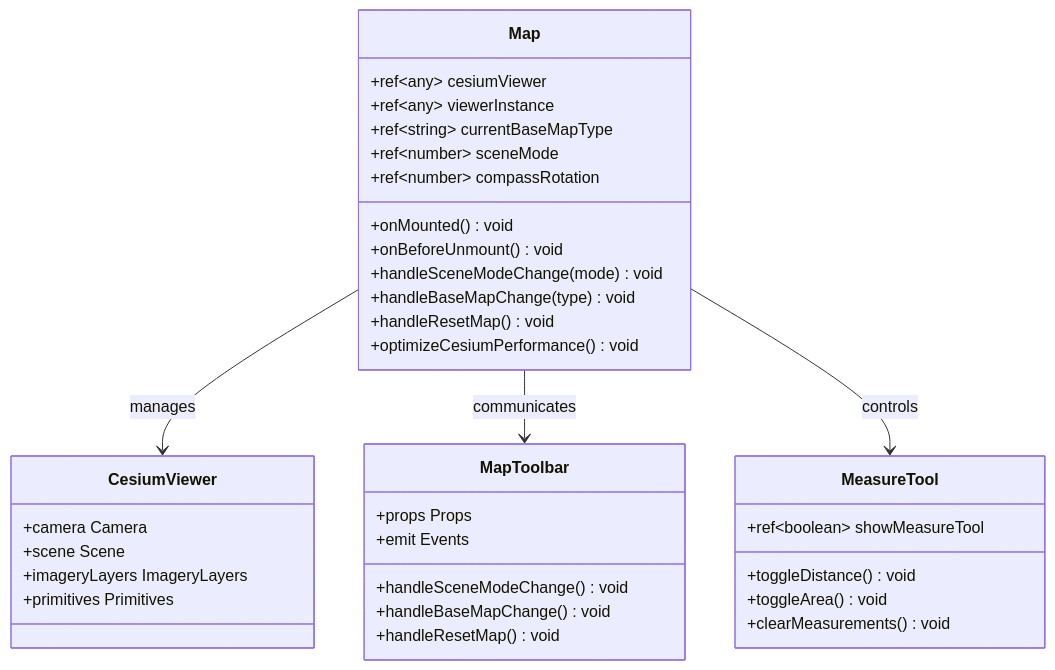
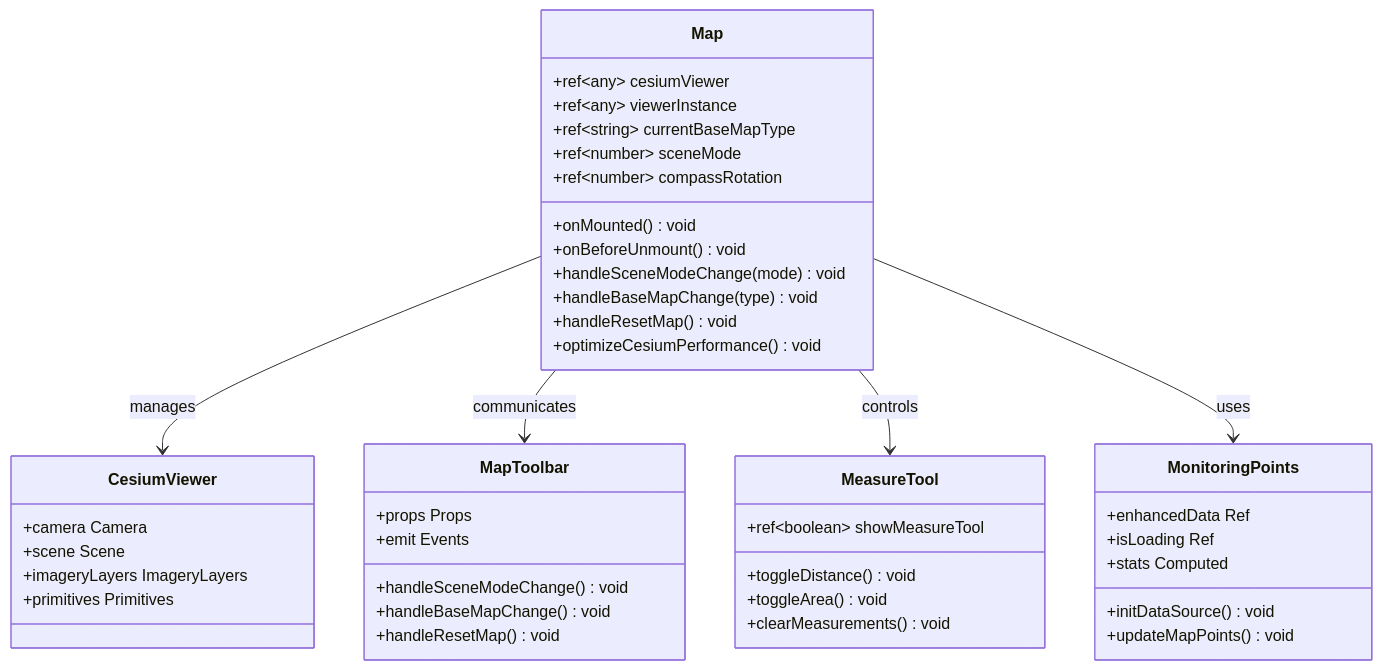
The seventh of 14 diagrams in .qoder/repowiki/zh/content/核心组件架构/核心组件架构.md (zhibo1997/government-dashboard), drawn with Mermaid before and after one commit. The commit also changed other lines of this file and 28 other files, not shown here.

````diff
--- a/.qoder/repowiki/zh/content/核心组件架构/核心组件架构.md
+++ b/.qoder/repowiki/zh/content/核心组件架构/核心组件架构.md
@@ -223,38 +320,46 @@
 ```mermaid
 classDiagram
 class Map {
 +ref~any~ cesiumViewer
 +ref~any~ viewerInstance
 +ref~string~ currentBaseMapType
 +ref~number~ sceneMode
 +ref~number~ compassRotation
 +onMounted() void
 +onBeforeUnmount() void
 +handleSceneModeChange(mode) void
 +handleBaseMapChange(type) void
 +handleResetMap() void
 +optimizeCesiumPerformance() void
 }
 class CesiumViewer {
 +camera Camera
 +scene Scene
 +imageryLayers ImageryLayers
 +primitives Primitives
 }
 class MapToolbar {
 +props Props
 +emit Events
 +handleSceneModeChange() void
 +handleBaseMapChange() void
 +handleResetMap() void
 }
 class MeasureTool {
 +ref~boolean~ showMeasureTool
 +toggleDistance() void
 +toggleArea() void
 +clearMeasurements() void
 }
+class MonitoringPoints {
++enhancedData Ref
++isLoading Ref
++stats Computed
++initDataSource() void
++updateMapPoints() void
+}
 Map --> CesiumViewer : manages
 Map --> MapToolbar : communicates
 Map --> MeasureTool : controls
+Map --> MonitoringPoints : uses
 ```
````
